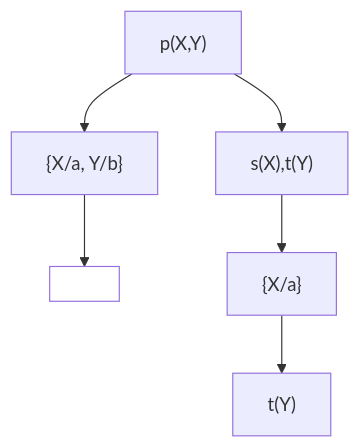
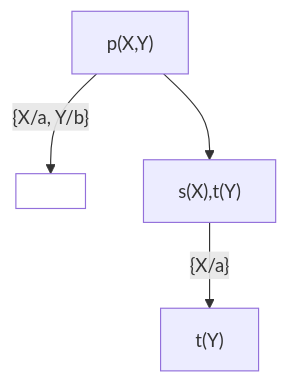
One commit to bosoninfo/Resource_AI-Prolog-Essential changed the third of 6 diagrams in Chapter07/README.md. Above: the diagram before and after it, drawn with Mermaid. The commit also changed other lines of this file, not shown here.

````diff
--- a/Chapter07/README.md
+++ b/Chapter07/README.md
@@ -389,9 +389,8 @@
 ```mermaid
 flowchart TD
-    A["p(X,Y)"] --> B["{X/a, Y/b}"] --> C[ ]
-    A --> D["s(X),t(Y)"]
-    D --> E["{X/a}"]
-    E --> F["t(Y)"]
-    C:::classwhite
+    A["p(X,Y)"] -- "{X/a, Y/b}" --> B[ ]
+    A --> C["s(X),t(Y)"]
+    C -- "{X/a}" --> D["t(Y)"]
+    B:::classwhite
     classDef classwhite fill:#fff
 ```
````
